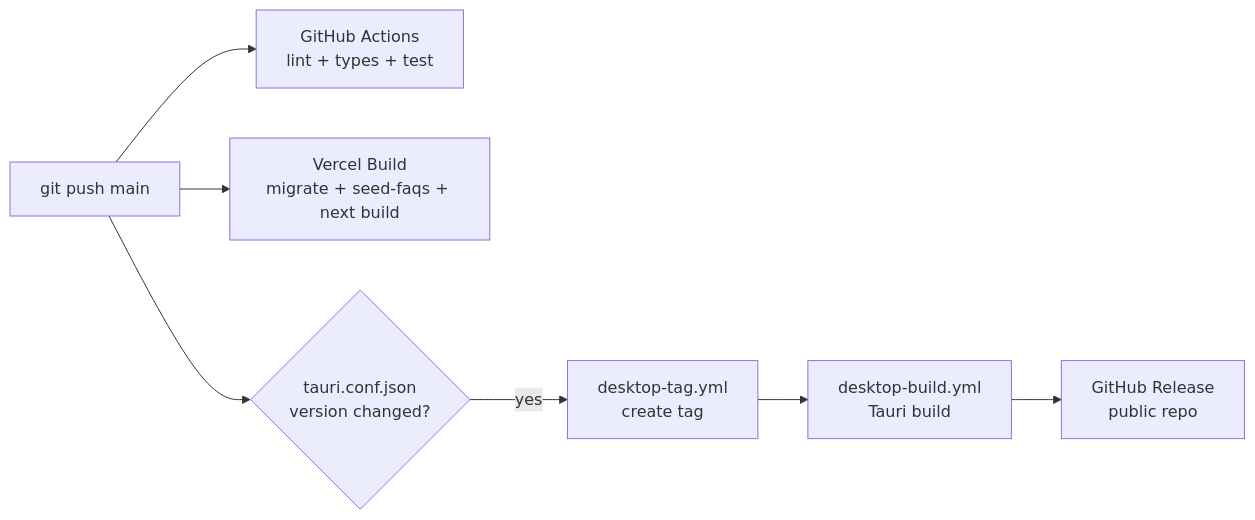
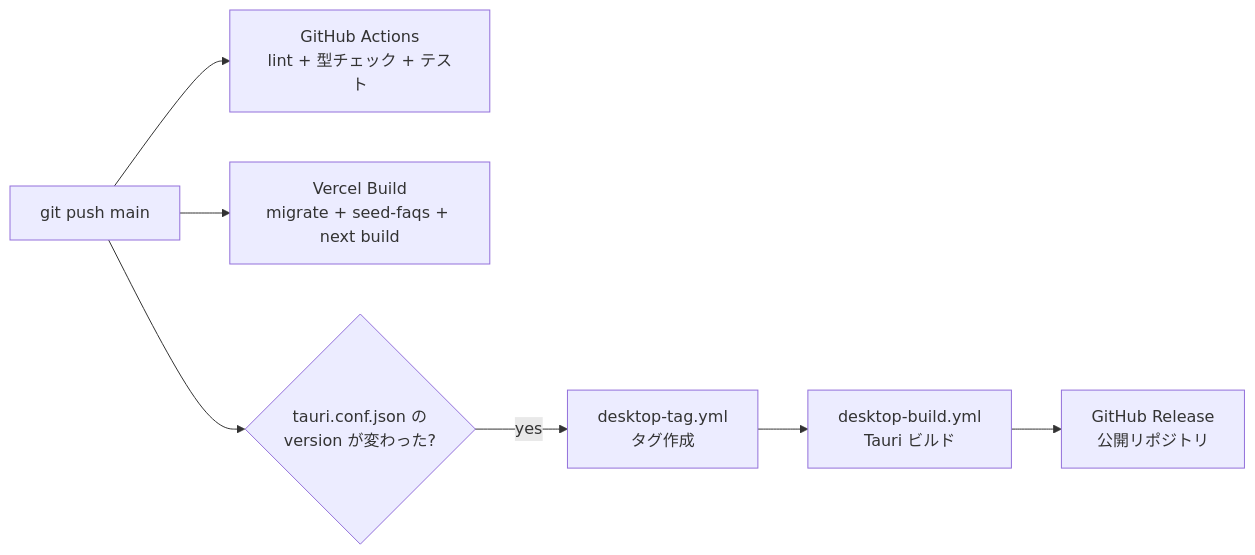
One commit to u-stem/tabi changed the third of 3 diagrams in docs/architecture/overview.md. Above: the diagram before and after it, drawn with Mermaid. The commit also changed other lines of this file and 2 other files, not shown here.

Commit message:
docs: システム構成図を draw.io に移行、Next.js バージョンを 16 に修正 [skip ci]

````diff
--- a/docs/architecture/overview.md
+++ b/docs/architecture/overview.md
@@ -121,9 +88,9 @@
 ```mermaid
 graph LR
-    Push[git push main] --> CI[GitHub Actions<br/>lint + types + test]
+    Push[git push main] --> CI[GitHub Actions<br/>lint + 型チェック + テスト]
     Push --> Vercel[Vercel Build<br/>migrate + seed-faqs + next build]
-    Push --> Tag{tauri.conf.json<br/>version changed?}
-    Tag -->|yes| TagCI[desktop-tag.yml<br/>create tag]
-    TagCI --> Build[desktop-build.yml<br/>Tauri build]
-    Build --> Release[GitHub Release<br/>public repo]
+    Push --> Tag{tauri.conf.json の<br/>version が変わった?}
+    Tag -->|yes| TagCI[desktop-tag.yml<br/>タグ作成]
+    TagCI --> Build[desktop-build.yml<br/>Tauri ビルド]
+    Build --> Release[GitHub Release<br/>公開リポジトリ]
 ```
````
